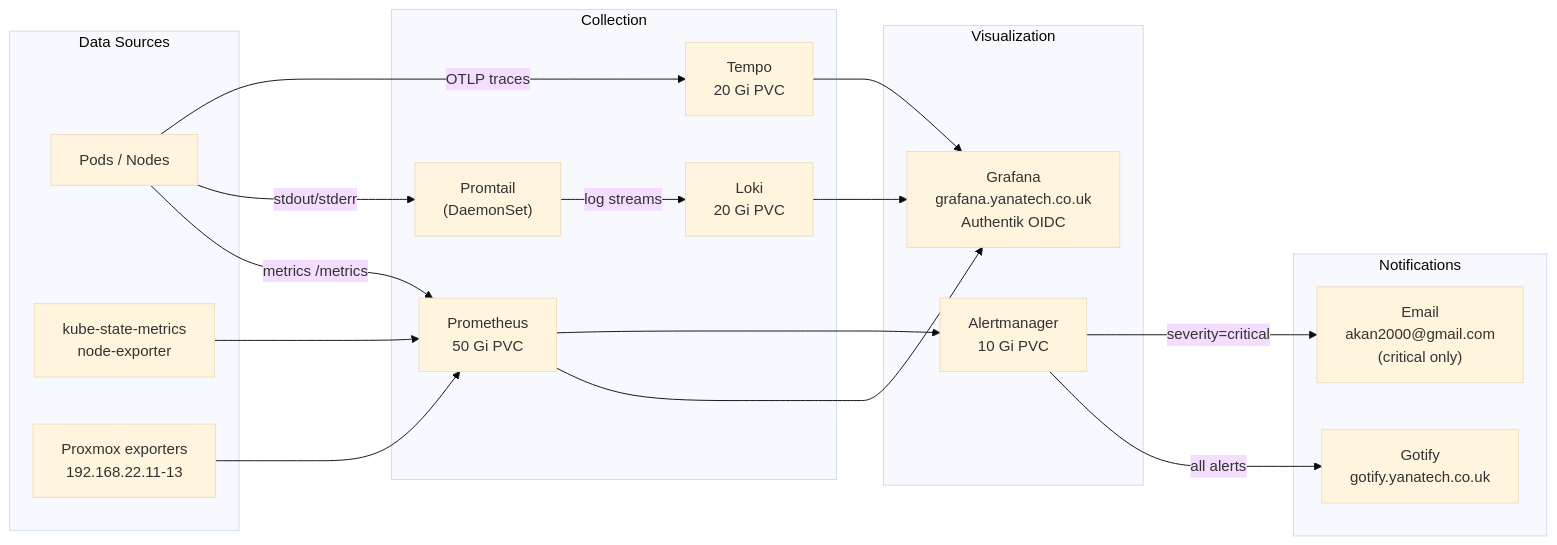
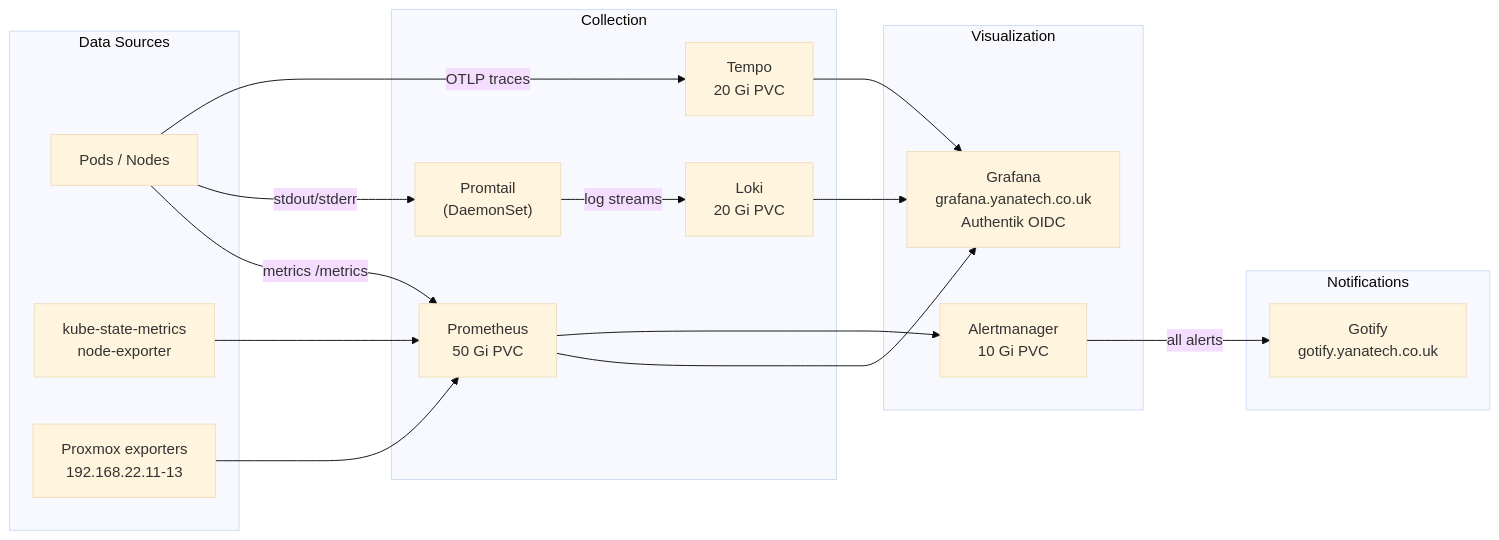
Diagram 12 of 12 in README.md (akann/k8s-apps), drawn with Mermaid (base theme) before and after one commit. The commit also changed other lines of this file and 2 other files, not shown here.

````diff
--- a/README.md
+++ b/README.md
@@ -786,38 +786,36 @@
 ```mermaid
 graph LR
     subgraph Sources["Data Sources"]
         Pods["Pods / Nodes"]
         K8s["kube-state-metrics\nnode-exporter"]
         PVE["Proxmox exporters\n192.168.22.11-13"]
     end
 
     subgraph Collection["Collection"]
         Prom["Prometheus\n50 Gi PVC"]
         Loki["Loki\n20 Gi PVC"]
         Tempo["Tempo\n20 Gi PVC"]
         Promtail["Promtail\n(DaemonSet)"]
     end
 
     subgraph Visualization["Visualization"]
         Grafana["Grafana\ngrafana.yanatech.co.uk\nAuthentik OIDC"]
         Alert["Alertmanager\n10 Gi PVC"]
     end
 
     subgraph Notifications["Notifications"]
         Gotify["Gotify\ngotify.yanatech.co.uk"]
-        Email["Email\nakan2000@gmail.com\n(critical only)"]
     end
 
     Pods -->|"metrics /metrics"| Prom
     K8s --> Prom
     PVE --> Prom
     Pods -->|"stdout/stderr"| Promtail
     Promtail -->|"log streams"| Loki
     Pods -->|"OTLP traces"| Tempo
     Prom --> Grafana
     Loki --> Grafana
     Tempo --> Grafana
     Prom --> Alert
     Alert -->|"all alerts"| Gotify
-    Alert -->|"severity=critical"| Email
 ```
````
